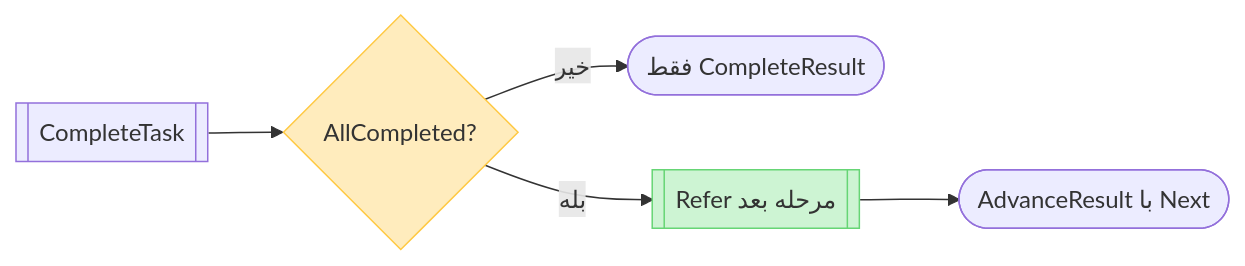
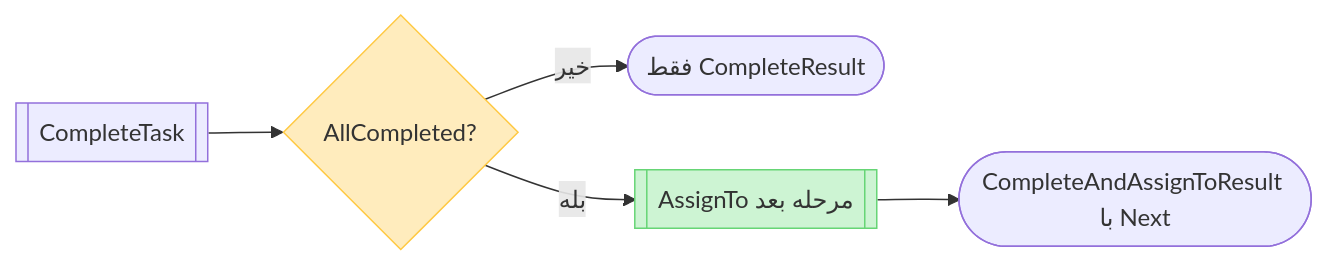
The second of 6 diagrams in docs/architecture.md (mortenaho/WorkFlowEngine), drawn with Mermaid before and after one commit. The commit also changed other lines of this file and 25 other files, not shown here.

````diff
--- a/docs/architecture.md
+++ b/docs/architecture.md
@@ -144,10 +144,10 @@
 ```mermaid
 flowchart LR
     complete[["CompleteTask"]] --> check{AllCompleted?}
     check -->|"خیر"| stop([فقط CompleteResult])
-    check -->|"بله"| refer[["Refer مرحله بعد"]]
-    refer --> out([AdvanceResult با Next])
+    check -->|"بله"| refer[["AssignTo مرحله بعد"]]
+    refer --> out([CompleteAndAssignToResult با Next])
 
     style check fill:#FFECBD,stroke:#FFC943
     style refer fill:#CDF4D3,stroke:#66D575
 ```
````
